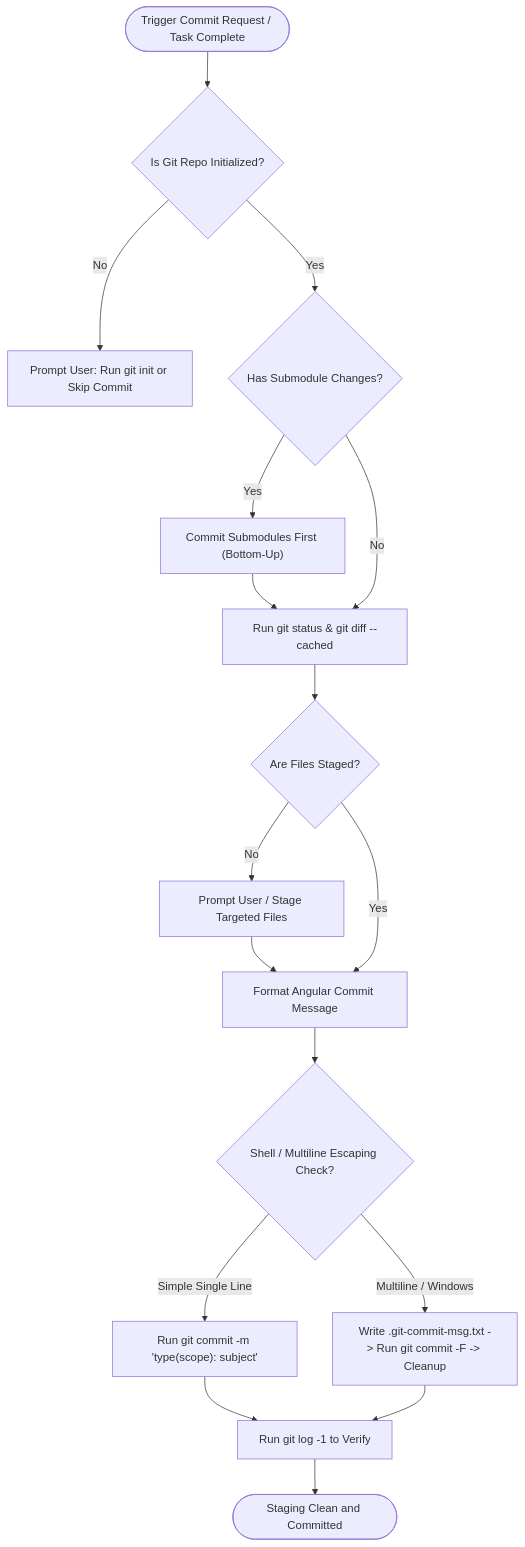
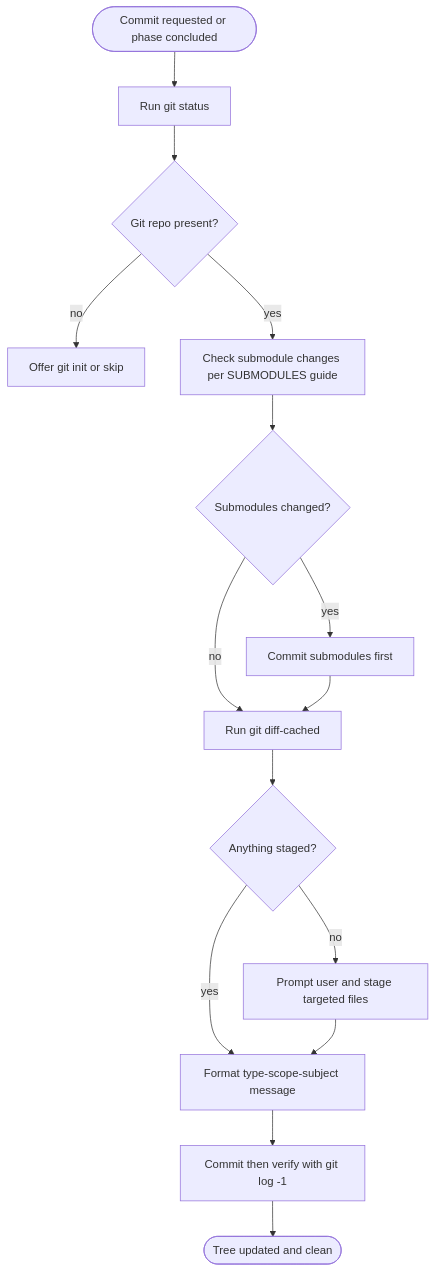
One commit to dyphn1/Harness-everything changed the first of 4 diagrams in docs/workflows/git-commit.md. Above: the diagram before and after it, drawn with Mermaid. The commit also changed other lines of this file and 16 other files, not shown here.

````diff
--- a/docs/workflows/git-commit.md
+++ b/docs/workflows/git-commit.md
@@ -11,21 +9,17 @@
 ```mermaid
 graph TD
-  Start([Trigger Commit Request / Task Complete]) --> CheckGit{Is Git Repo Initialized?}
-  CheckGit -->|No| OfferInit["Prompt User: Run git init or Skip Commit"]
-  CheckGit -->|Yes| CheckSubmodules{Has Submodule Changes?}
-  
-  CheckSubmodules -->|Yes| CommitSubmodules["Commit Submodules First (Bottom-Up)"] --> CheckStatus
-  CheckSubmodules -->|No| CheckStatus["Run git status & git diff --cached"]
-  
-  CheckStatus --> StageCheck{Are Files Staged?}
-  StageCheck -->|No| AskStage["Prompt User / Stage Targeted Files"] --> FormatMessage
-  StageCheck -->|Yes| FormatMessage["Format Angular Commit Message"]
-  
-  FormatMessage --> CheckShell{Shell / Multiline Escaping Check?}
-  CheckShell -->|Simple Single Line| DirectCommit["Run git commit -m 'type(scope): subject'"]
-  CheckShell -->|Multiline / Windows| TempFileCommit["Write .git-commit-msg.txt -> Run git commit -F -> Cleanup"]
-  
-  DirectCommit --> VerifyCommit["Run git log -1 to Verify"]
-  TempFileCommit --> VerifyCommit
-  VerifyCommit --> End([Staging Clean and Committed])
+  CommitTrig([Commit requested or phase concluded]) --> StatusCheck[Run git status]
+  StatusCheck --> RepoOk{Git repo present?}
+  RepoOk -->|no| InitOffer[Offer git init or skip]
+  RepoOk -->|yes| SubCheck[Check submodule changes per SUBMODULES guide]
+  SubCheck --> SubDirty{Submodules changed?}
+  SubDirty -->|yes| SubFirst[Commit submodules first]
+  SubDirty -->|no| DiffCheck[Run git diff-cached]
+  SubFirst --> DiffCheck
+  DiffCheck --> StagedOk{Anything staged?}
+  StagedOk -->|no| PromptStage[Prompt user and stage targeted files]
+  StagedOk -->|yes| FormatMsg[Format type-scope-subject message]
+  PromptStage --> FormatMsg
+  FormatMsg --> VerifyLog[Commit then verify with git log -1]
+  VerifyLog --> DoneClean([Tree updated and clean])
 ```
````
